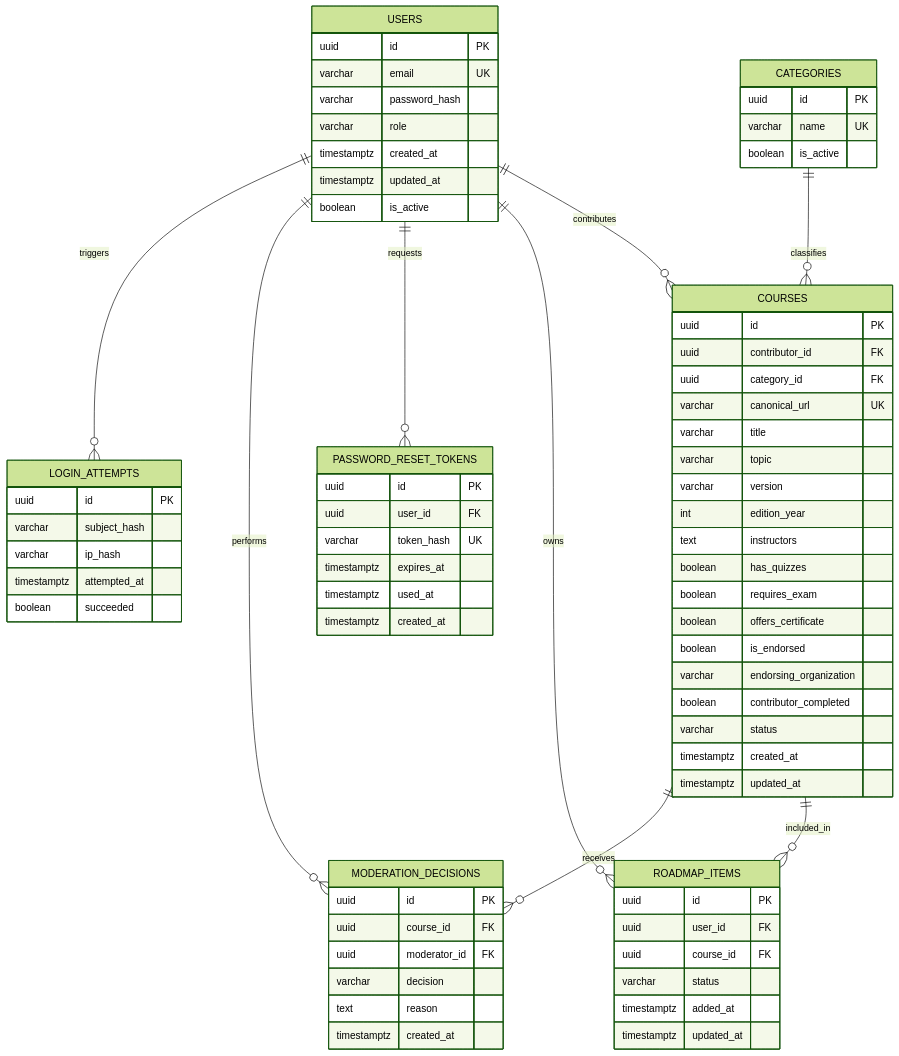
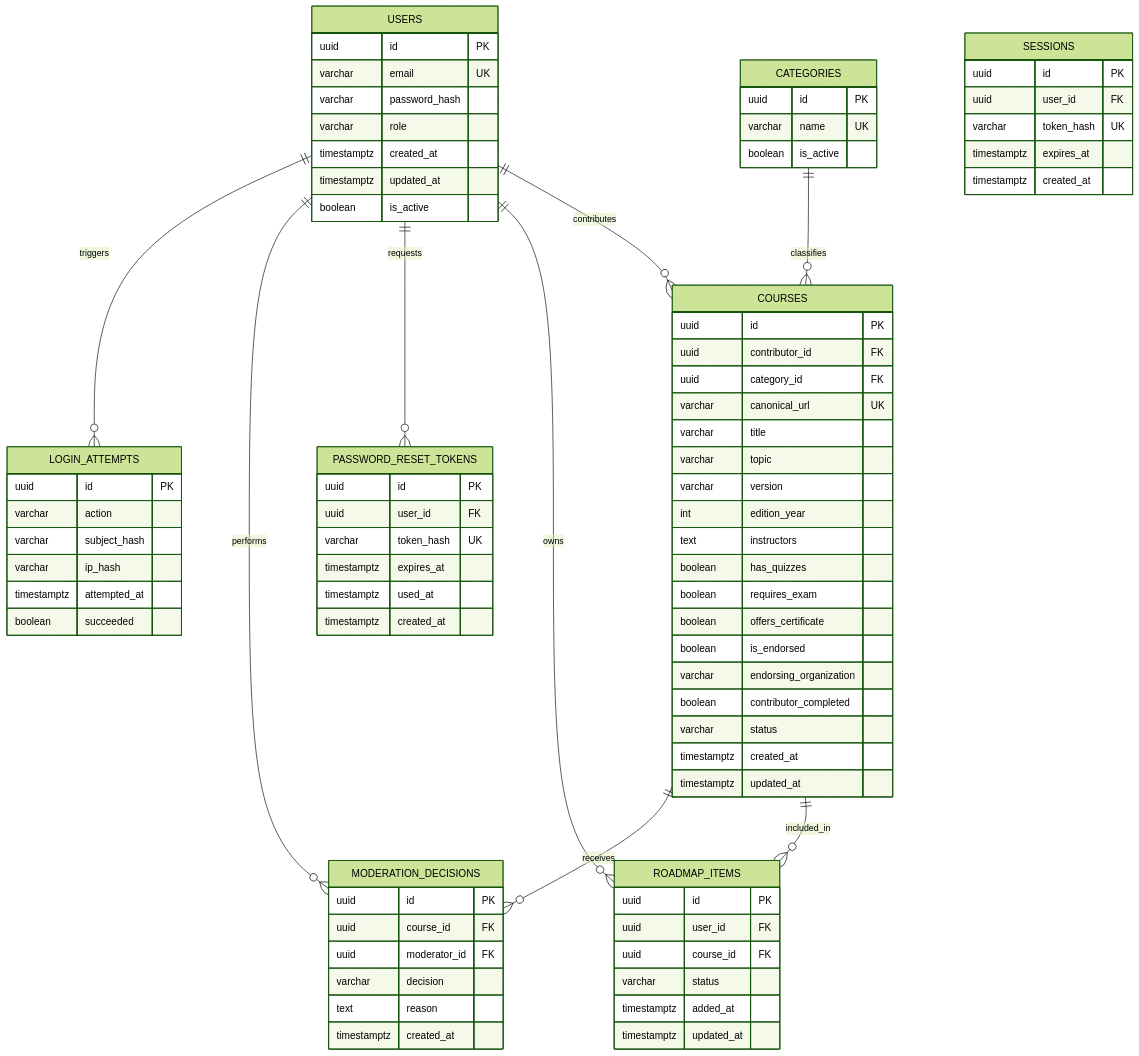
One commit to annaluzserena/pagina_de_cursos changed the first of 2 diagrams in docs/BACKEND-SCHEMA.md. Above: the diagram before and after it, drawn with Mermaid (forest theme). The commit also changed other lines of this file, not shown here.

Commit message:
docs: add table sessions, column action in LoginAttempt and document decisions

```diff
--- a/docs/BACKEND-SCHEMA.md
+++ b/docs/BACKEND-SCHEMA.md
@@ -23,6 +23,13 @@
         timestamptz created_at
         timestamptz updated_at
         boolean is_active
+    }
+    SESSIONS {
+        uuid id PK
+        uuid user_id FK
+        varchar token_hash UK
+        timestamptz expires_at
+        timestamptz created_at
     }
     CATEGORIES {
         uuid id PK
@@ -75,6 +82,7 @@
     }
     LOGIN_ATTEMPTS {
         uuid id PK
+        varchar action 
         varchar subject_hash
         varchar ip_hash
         timestamptz attempted_at
```
